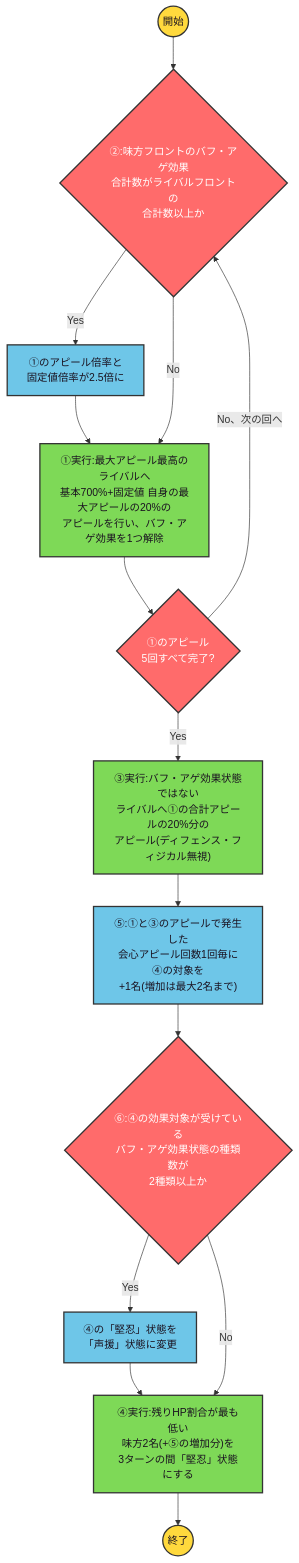
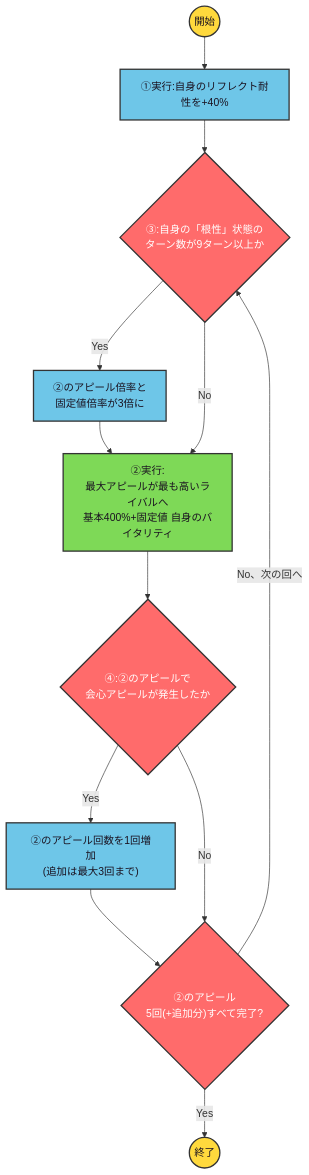
The diagram in data/ichinose_miku/13thbasura_c_skill2.mmd (ryomochi0918/nogifra-characters), drawn with Mermaid before and after one commit. The commit also changed 19 other files, not shown here.

```diff
--- a/data/ichinose_miku/13thbasura_c_skill2.mmd
+++ b/data/ichinose_miku/13thbasura_c_skill2.mmd
@@ -1,17 +1,15 @@
 flowchart TD
     classDef startend fill:#FFD93D,stroke:#333,stroke-width:2px,color:#1a1220;
     classDef cond fill:#FF6B6B,stroke:#333,stroke-width:2px,color:#ffffff;
     classDef effect fill:#6EC6E8,stroke:#333,stroke-width:2px,color:#1a1220;
     classDef action fill:#7ED957,stroke:#333,stroke-width:2px,color:#1a1220;
 
-    start(("開始")):::startend --> c2{"②:味方フロントのバフ・アゲ効果<br/>合計数がライバルフロントの<br/>合計数以上か"}:::cond
-    c2 -->|"Yes"| e2["①のアピール倍率と<br/>固定値倍率が2.5倍に"]:::effect --> a1
-    c2 -->|"No"| a1["①実行:最大アピール最高のライバルへ<br/>基本700%+固定値 自身の最大アピールの20%の<br/>アピールを行い、バフ・アゲ効果を1つ解除"]:::action
-    a1 --> lc1{"①のアピール<br/>5回すべて完了?"}:::cond
-    lc1 -->|"No、次の回へ"| c2
-    lc1 -->|"Yes"| a3["③実行:バフ・アゲ効果状態ではない<br/>ライバルへ①の合計アピールの20%分の<br/>アピール(ディフェンス・フィジカル無視)"]:::action
-    a3 --> e5["⑤:①と③のアピールで発生した<br/>会心アピール回数1回毎に④の対象を<br/>+1名(増加は最大2名まで)"]:::effect
-    e5 --> c6{"⑥:④の効果対象が受けている<br/>バフ・アゲ効果状態の種類数が<br/>2種類以上か"}:::cond
-    c6 -->|"Yes"| e6["④の「堅忍」状態を<br/>「声援」状態に変更"]:::effect --> a4
-    c6 -->|"No"| a4["④実行:残りHP割合が最も低い<br/>味方2名(+⑤の増加分)を<br/>3ターンの間「堅忍」状態にする"]:::action
-    a4 --> finish(("終了")):::startend
+    start(("開始")):::startend --> e1["①実行:自身のリフレクト耐性を+40%"]:::effect
+    e1 --> c3{"③:自身の「根性」状態の<br/>ターン数が9ターン以上か"}:::cond
+    c3 -->|"Yes"| e3["②のアピール倍率と<br/>固定値倍率が3倍に"]:::effect --> a2
+    c3 -->|"No"| a2["②実行:<br/>最大アピールが最も高いライバルへ<br/>基本400%+固定値 自身のバイタリティ"]:::action
+    a2 --> c4{"④:②のアピールで<br/>会心アピールが発生したか"}:::cond
+    c4 -->|"Yes"| e4["②のアピール回数を1回増加<br/>(追加は最大3回まで)"]:::effect --> lc
+    c4 -->|"No"| lc{"②のアピール<br/>5回(+追加分)すべて完了?"}:::cond
+    lc -->|"No、次の回へ"| c3
+    lc -->|"Yes"| finish(("終了")):::startend
```
